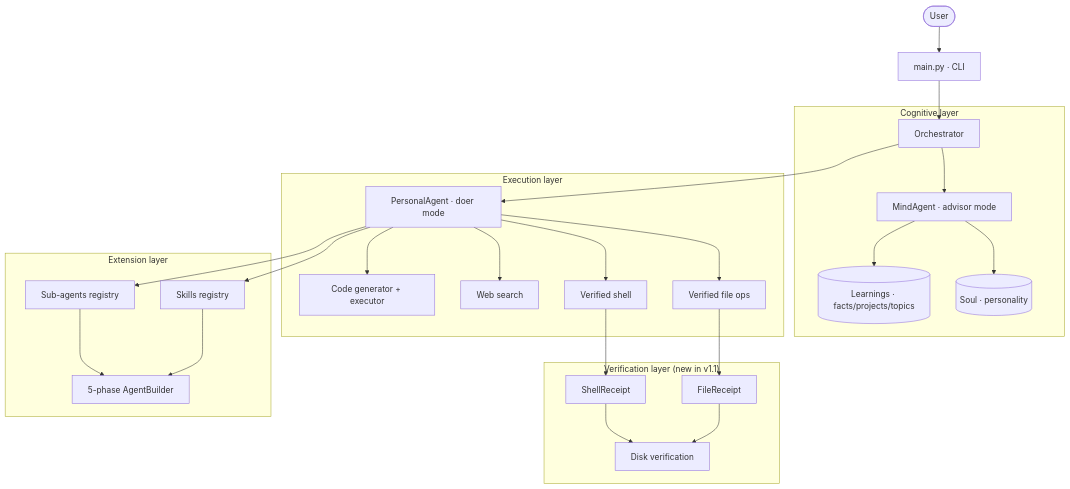
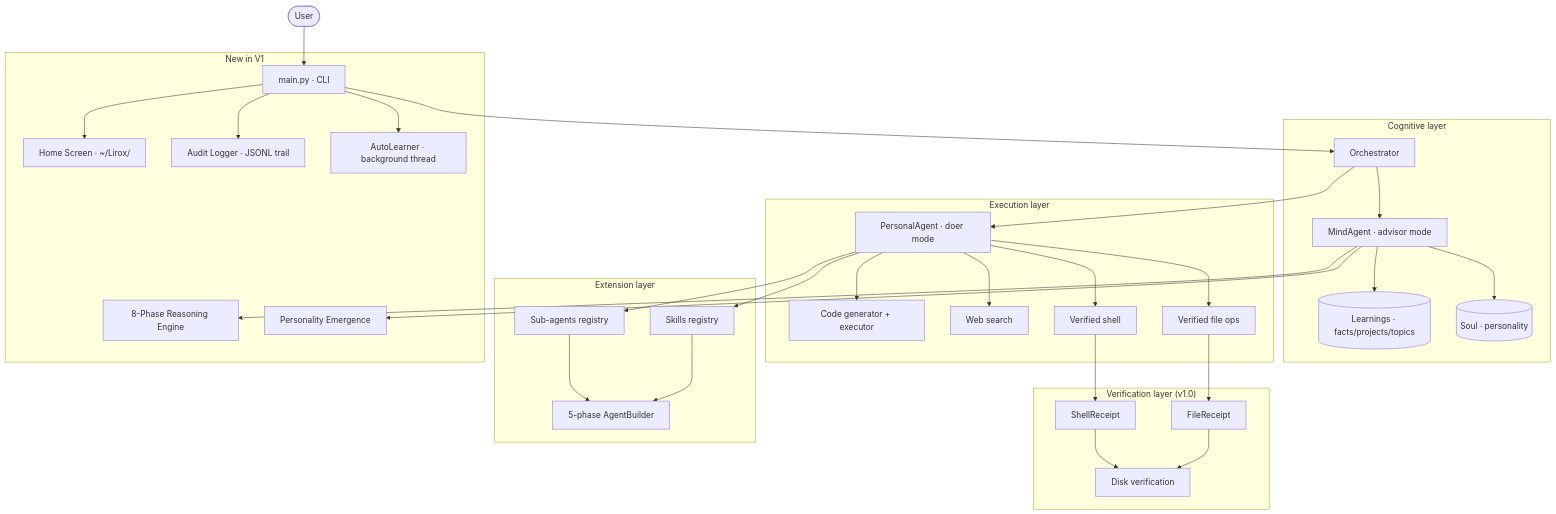
Before and after one commit to baljotchohan/Lirox: the diagram in README.md, drawn with Mermaid. The commit also changed other lines of this file and 17 other files, not shown here.

````diff
--- a/README.md
+++ b/README.md
@@ -93,33 +139,41 @@
 ```mermaid
 graph TD
     User([User]) --> Main[main.py · CLI]
     Main --> Orch[Orchestrator]
 
     subgraph Cognitive["Cognitive layer"]
         Orch --> Mind[MindAgent · advisor mode]
         Mind --> Soul[(Soul · personality)]
         Mind --> Learn[(Learnings · facts/projects/topics)]
     end
 
     subgraph Execution["Execution layer"]
         Orch --> PA[PersonalAgent · doer mode]
         PA --> Files[Verified file ops]
         PA --> Shell[Verified shell]
         PA --> Web[Web search]
         PA --> Code[Code generator + executor]
     end
 
     subgraph Extension["Extension layer"]
         PA --> Skills[Skills registry]
         PA --> Subs[Sub-agents registry]
         Skills --> Builder[5-phase AgentBuilder]
         Subs --> Builder
     end
 
-    subgraph Verify["Verification layer (new in v1.1)"]
+    subgraph Verify["Verification layer (v1.0)"]
         Files --> Receipt[FileReceipt]
         Shell --> ShellR[ShellReceipt]
         Receipt --> Disk[Disk verification]
         ShellR --> Disk
     end
+
+    subgraph V1New["New in V1"]
+        Main --> AutoL[AutoLearner · background thread]
+        Main --> Audit[Audit Logger · JSONL trail]
+        Mind --> PersonE[Personality Emergence]
+        Mind --> AdvR[8-Phase Reasoning Engine]
+        Main --> HomeS[Home Screen · ~/Lirox/]
+    end
 ```
````
